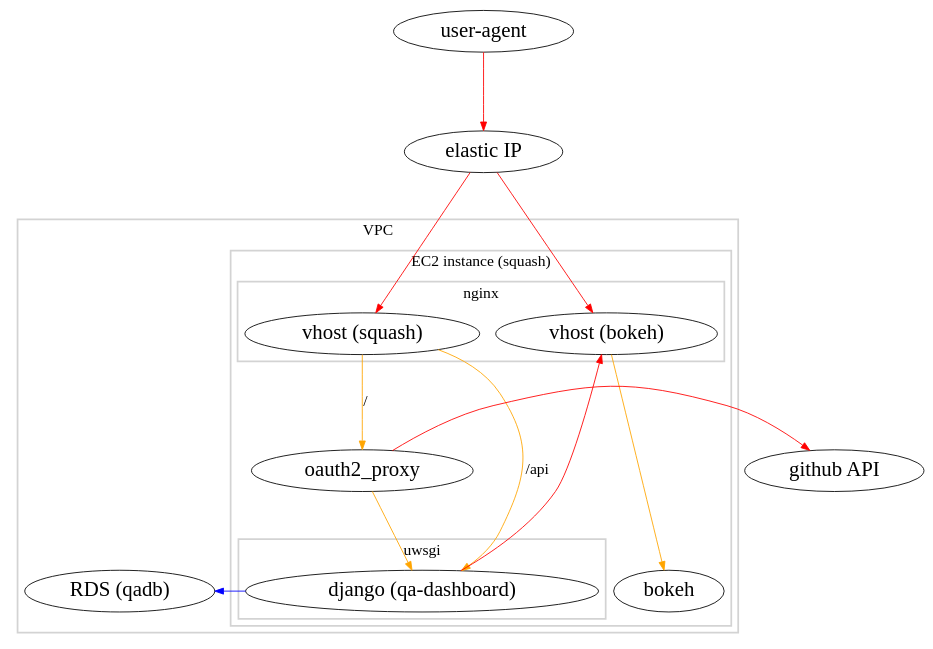
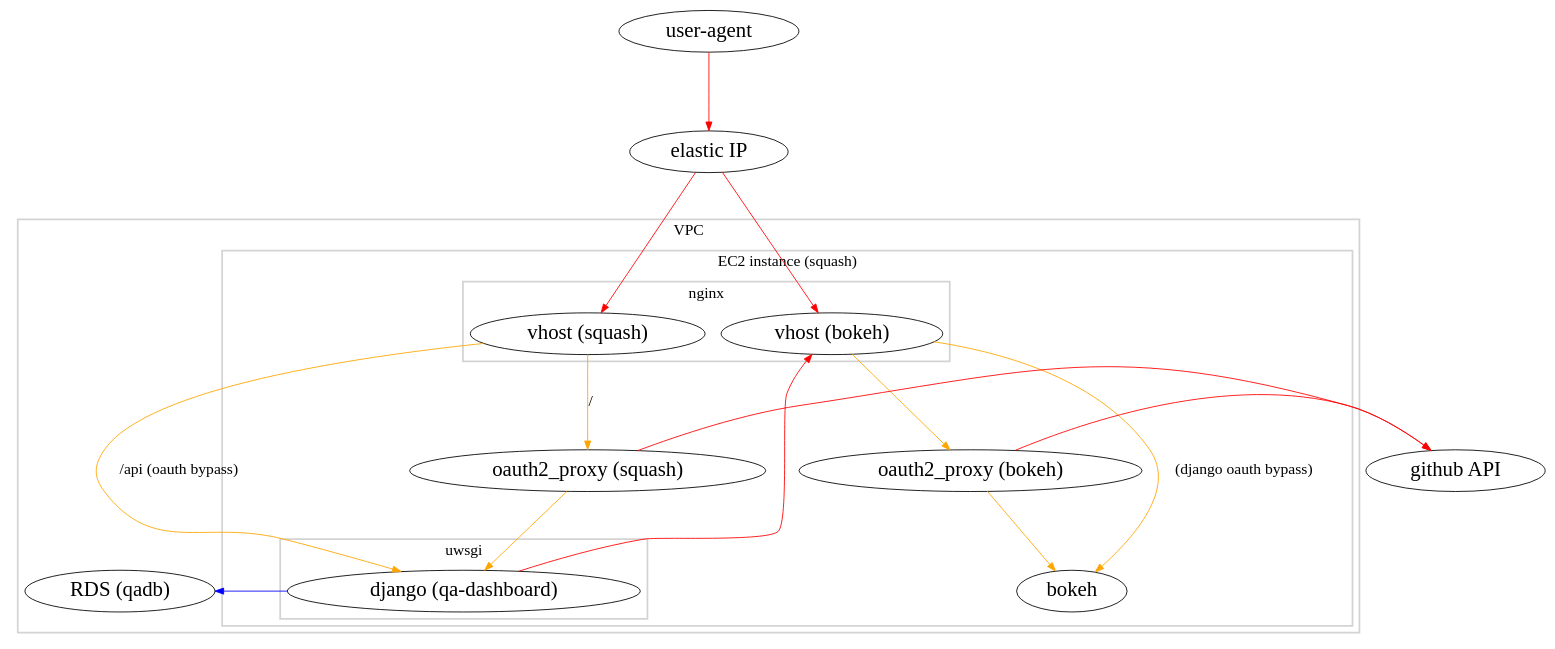
Before and after one commit to lsst-sqre/deploy-jenkins: the diagram in docs/aws_squash.dot, drawn with Graphviz. The commit also changed 1 other file, not shown here.

Commit message:
add bokeh oauth2_proxy instance to squash graphviz diagram

```diff
--- a/docs/aws_squash.dot
+++ b/docs/aws_squash.dot
@@ -1,78 +1,83 @@
 digraph top {
 //  dpi=100
   ranksep=1.25
   rankdir=TB
   overlap=false
   clusterrank=local
   newrank=true
 
   {
     node [shape=ellipse fontsize=24 style=filled fillcolor=white]
     ua [label="user-agent"]
     eip [label="elastic IP"]
     squash_vhost [label="vhost (squash)"]
     bokeh_vhost [label="vhost (bokeh)"]
     bokeh [label="bokeh"]
     rds [label="RDS (qadb)"]
     django [label="django (qa-dashboard)"]
-    oauth2_proxy [label="oauth2_proxy"]
+    squash_oauth [label="oauth2_proxy (squash)"]
+    bokeh_oauth [label="oauth2_proxy (bokeh)"]
     github [label="github API"]
   }
 
   color=lightgrey
   fontsize=18
   style=bold
 
   ua
   eip
 
   subgraph cluster_0 {
     label="VPC"
 
     subgraph cluster_1 {
       label="EC2 instance (squash)"
 
       subgraph cluster_2 {
         label="nginx"
 
         squash_vhost
         bokeh_vhost
       }
 
       subgraph cluster_3 {
         label="uwsgi"
 
         django
       }
 
-      oauth2_proxy
+      squash_oauth
+      bokeh_oauth
       bokeh
     }
 
     rds
 
   }
   { rank=same; rds django bokeh }
-  { rank=same; oauth2_proxy github }
+  { rank=same; squash_oauth bokeh_oauth github }
   { rank=same; squash_vhost bokeh_vhost }
 
   // https
   edge [color=red]
   ua -> eip
   eip -> squash_vhost
   eip -> bokeh_vhost
   django -> bokeh_vhost
-  oauth2_proxy -> github
+  squash_oauth -> github
+  bokeh_oauth -> github
 
   // http
   edge [color=orange]
-  bokeh_vhost -> bokeh
-  squash_vhost -> django [fontsize=18 label="/api"]
-  squash_vhost -> oauth2_proxy [fontsize=18 label="/"]
-  oauth2_proxy -> django
+  bokeh_vhost -> bokeh [fontsize=18 label="(django oauth bypass)"]
+  bokeh_vhost -> bokeh_oauth
+  bokeh_oauth -> bokeh
+  squash_vhost -> django [fontsize=18 label="/api (oauth bypass)"]
+  squash_vhost -> squash_oauth [fontsize=18 label="/"]
+  squash_oauth -> django
 
   // mysql
   edge [color=blue]
   //django -> rds [constraint=false]
   django -> rds
 }
```
